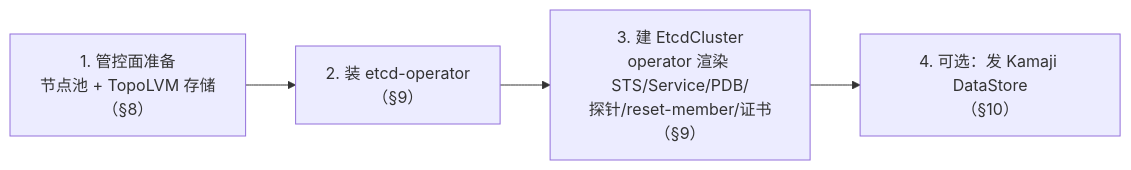
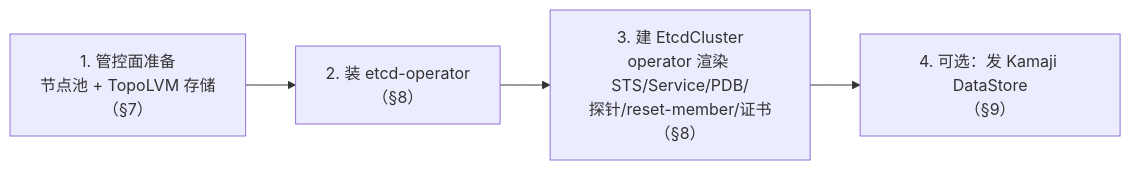
Before and after one commit to alauda/etcd-operator: the first of 3 diagrams in docs/design/hcp-etcd-design-v2.md, drawn with Mermaid. The commit also changed other lines of this file, not shown here.

First line of the commit message:
docs(v2): restructure into background vs. design parts, fold CRD into etcd-operator

````diff
--- a/docs/design/hcp-etcd-design-v2.md
+++ b/docs/design/hcp-etcd-design-v2.md
@@ -136,6 +119,6 @@
 ```mermaid
 flowchart LR
-  A["1. 管控面准备<br/>节点池 + TopoLVM 存储<br/>（§8）"] --> B["2. 装 etcd-operator<br/>（§9）"]
-  B --> C["3. 建 EtcdCluster<br/>operator 渲染 STS/Service/PDB/<br/>探针/reset-member/证书（§9）"]
-  C --> D["4. 可选：发 Kamaji DataStore<br/>（§10）"]
+  A["1. 管控面准备<br/>节点池 + TopoLVM 存储<br/>（§7）"] --> B["2. 装 etcd-operator<br/>（§8）"]
+  B --> C["3. 建 EtcdCluster<br/>operator 渲染 STS/Service/PDB/<br/>探针/reset-member/证书（§8）"]
+  C --> D["4. 可选：发 Kamaji DataStore<br/>（§9）"]
 ```
````
